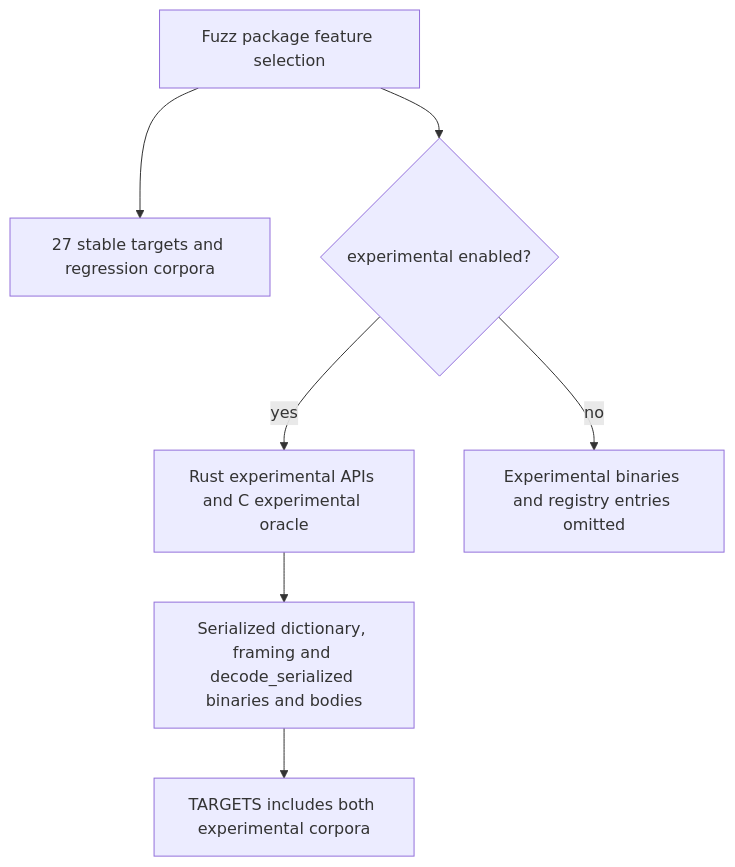
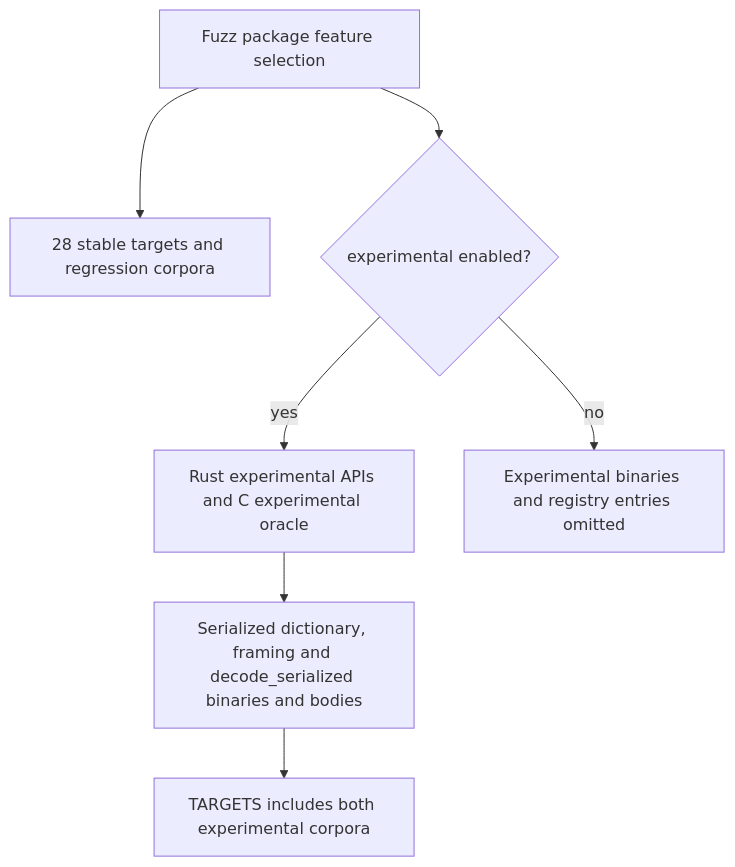
The first of 12 diagrams in architecture/fuzzing.md (Mnwa/mbrotli), drawn with Mermaid before and after one commit. The commit also changed other lines of this file and 35 other files, not shown here.

````diff
--- a/architecture/fuzzing.md
+++ b/architecture/fuzzing.md
@@ -27,9 +27,9 @@
 ```mermaid
 flowchart TD
-    Build[Fuzz package feature selection] --> Stable[27 stable targets and regression corpora]
+    Build[Fuzz package feature selection] --> Stable[28 stable targets and regression corpora]
     Build --> Enabled{experimental enabled?}
     Enabled -->|yes| Dependencies[Rust experimental APIs and C experimental oracle]
     Dependencies --> Extra[Serialized dictionary, framing and decode_serialized binaries and bodies]
     Extra --> Registry[TARGETS includes both experimental corpora]
     Enabled -->|no| Omit[Experimental binaries and registry entries omitted]
 ```
````
